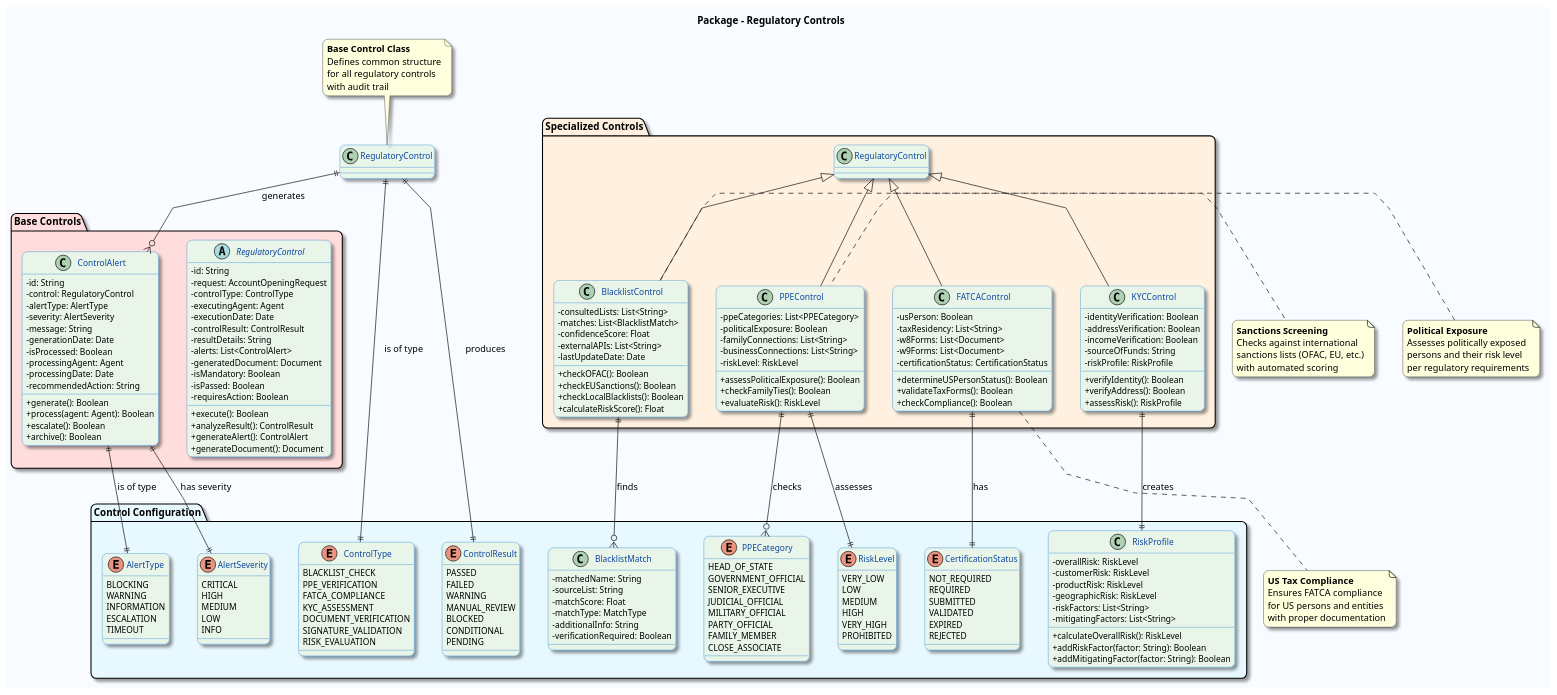
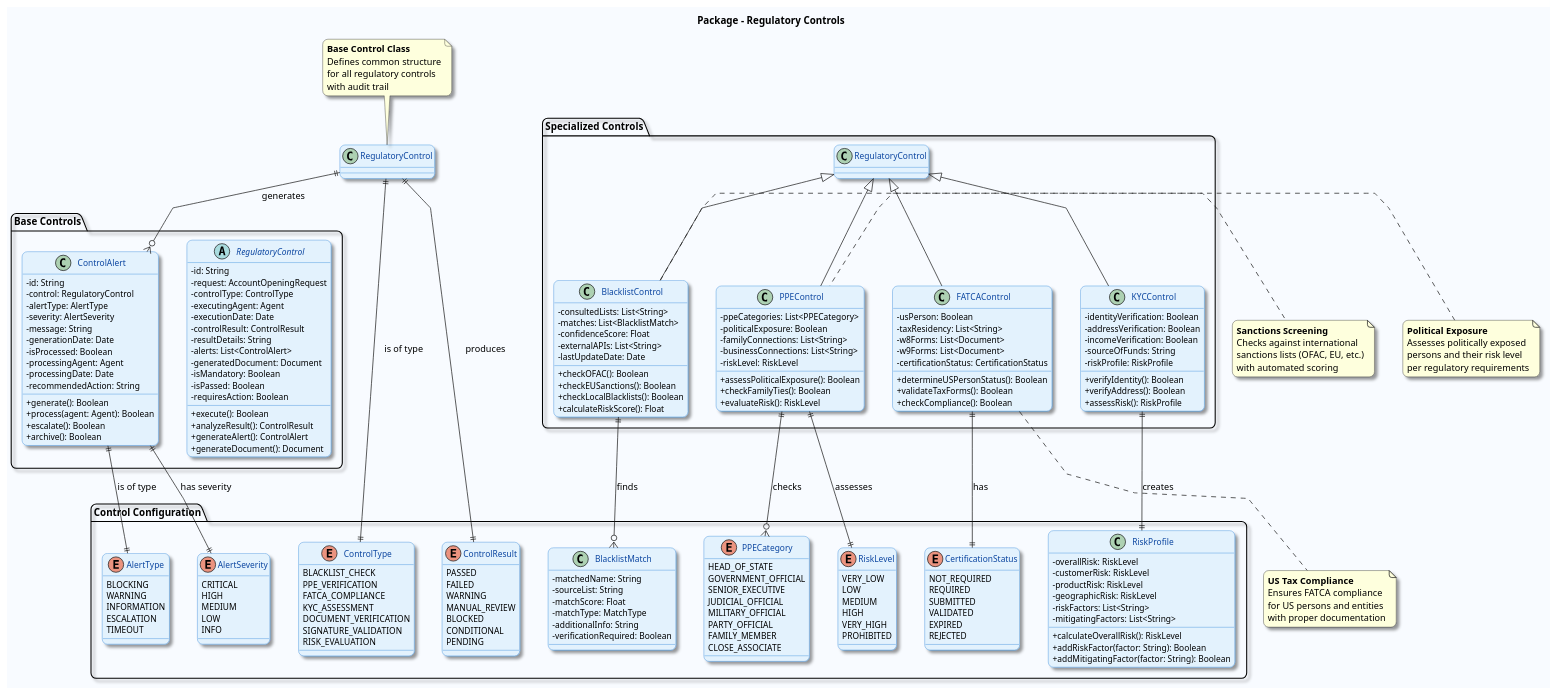
The diagram in KYC-ENGLISH-VERSION/ACCOUNT-OPENING-SYSTEM/CLASS-DIAGRAMS/02_RegulatoryControls.puml (caranvalis/diagramePlantUml), drawn with PlantUML before and after one commit. The commit also changed 20 other files, not shown here.

Commit message:
mise a jour des diagrammes de classes

```diff
--- a/KYC-ENGLISH-VERSION/ACCOUNT-OPENING-SYSTEM/CLASS-DIAGRAMS/02_RegulatoryControls.puml
+++ b/KYC-ENGLISH-VERSION/ACCOUNT-OPENING-SYSTEM/CLASS-DIAGRAMS/02_RegulatoryControls.puml
@@ -1,7 +1,7 @@
 @startuml RegulatoryControls
 skinparam linetype polyline
 skinparam backgroundColor #F8FBFF
-skinparam classBackgroundColor #E8F5E8
+skinparam classBackgroundColor #E3F2FD
 skinparam classBorderColor #1976D2
 skinparam classFontColor #0D47A1
 skinparam classFontSize 13
@@ -15,7 +15,7 @@
 
 title Package - Regulatory Controls
 
-package "Base Controls" #FFDDDD {
+package "Base Controls" {
   abstract class RegulatoryControl {
     - id: String
     - request: AccountOpeningRequest
@@ -53,7 +53,7 @@
   }
 }
 
-package "Specialized Controls" #FFF0E0 {
+package "Specialized Controls" {
   class BlacklistControl extends RegulatoryControl {
     - consultedLists: List<String>
     - matches: List<BlacklistMatch>
@@ -100,7 +100,7 @@
   }
 }
 
-package "Control Configuration" #E8F8FF {
+package "Control Configuration" {
   enum ControlType {
     BLACKLIST_CHECK
     PPE_VERIFICATION
```
